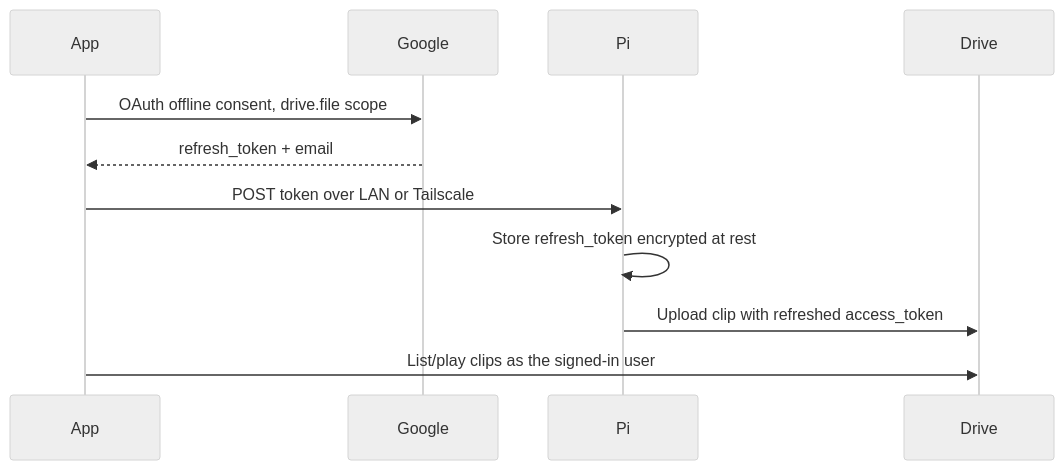
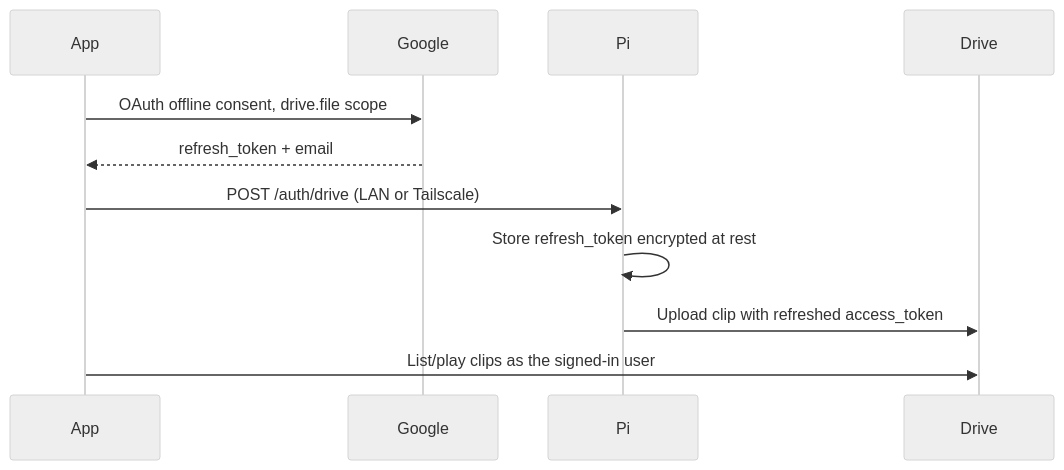
One commit to sentrihome/Home-Security changed the third of 3 diagrams in README.md. Above: the diagram before and after it, drawn with Mermaid (neutral theme). The commit also changed other lines of this file and 38 other files, not shown here.

````diff
--- a/README.md
+++ b/README.md
@@ -451,13 +454,13 @@
 ```mermaid
 sequenceDiagram
   participant App
   participant Google
   participant Pi
   participant Drive
   App->>Google: OAuth offline consent, drive.file scope
   Google-->>App: refresh_token + email
-  App->>Pi: POST token over LAN or Tailscale
+  App->>Pi: POST /auth/drive (LAN or Tailscale)
   Pi->>Pi: Store refresh_token encrypted at rest
   Pi->>Drive: Upload clip with refreshed access_token
   App->>Drive: List/play clips as the signed-in user
 ```
````
